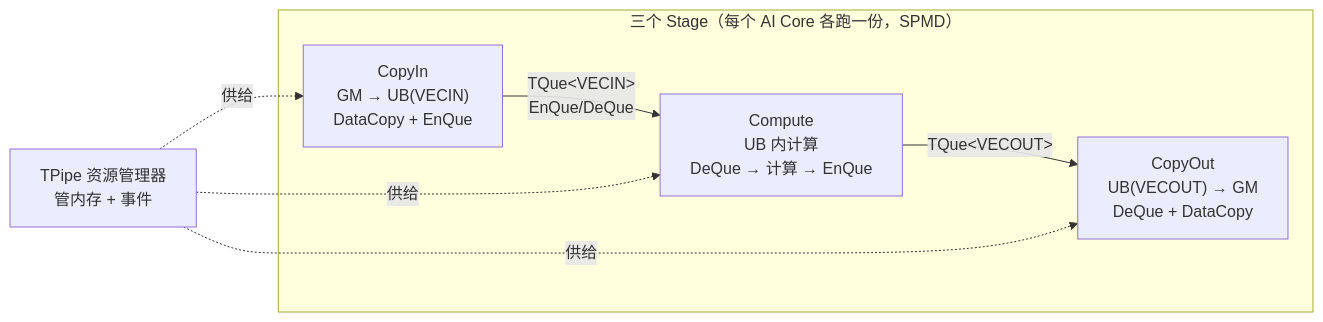
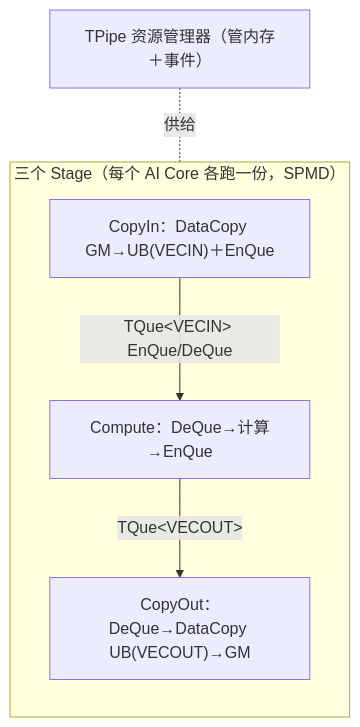
Before and after one commit to hb4ch/ascend-book: the first of 4 diagrams in docs/03-ascendc/ch10-core-programming.md, drawn with Mermaid. The commit also changed other lines of this file and 1 other file, not shown here.

````diff
--- a/docs/03-ascendc/ch10-core-programming.md
+++ b/docs/03-ascendc/ch10-core-programming.md
@@ -24,13 +24,12 @@
 ```mermaid
-flowchart LR
+flowchart TB
     subgraph stages["三个 Stage（每个 AI Core 各跑一份，SPMD）"]
-        CI["CopyIn<br/>GM → UB(VECIN)<br/>DataCopy + EnQue"]
-        CP["Compute<br/>UB 内计算<br/>DeQue → 计算 → EnQue"]
-        CO["CopyOut<br/>UB(VECOUT) → GM<br/>DeQue + DataCopy"]
+        direction TB
+        CI["CopyIn：DataCopy GM→UB(VECIN)＋EnQue"]
+        CP["Compute：DeQue→计算→EnQue"]
+        CO["CopyOut：DeQue→DataCopy UB(VECOUT)→GM"]
     end
-    CI -->|"TQue&lt;VECIN&gt;<br/>EnQue/DeQue"| CP
+    CI -->|"TQue&lt;VECIN&gt; EnQue/DeQue"| CP
     CP -->|"TQue&lt;VECOUT&gt;"| CO
-    TP["TPipe 资源管理器<br/>管内存 + 事件"] -.供给.-> CI
-    TP -.供给.-> CP
-    TP -.供给.-> CO
+    TP["TPipe 资源管理器（管内存＋事件）"] -.供给.- stages
 ```
````
